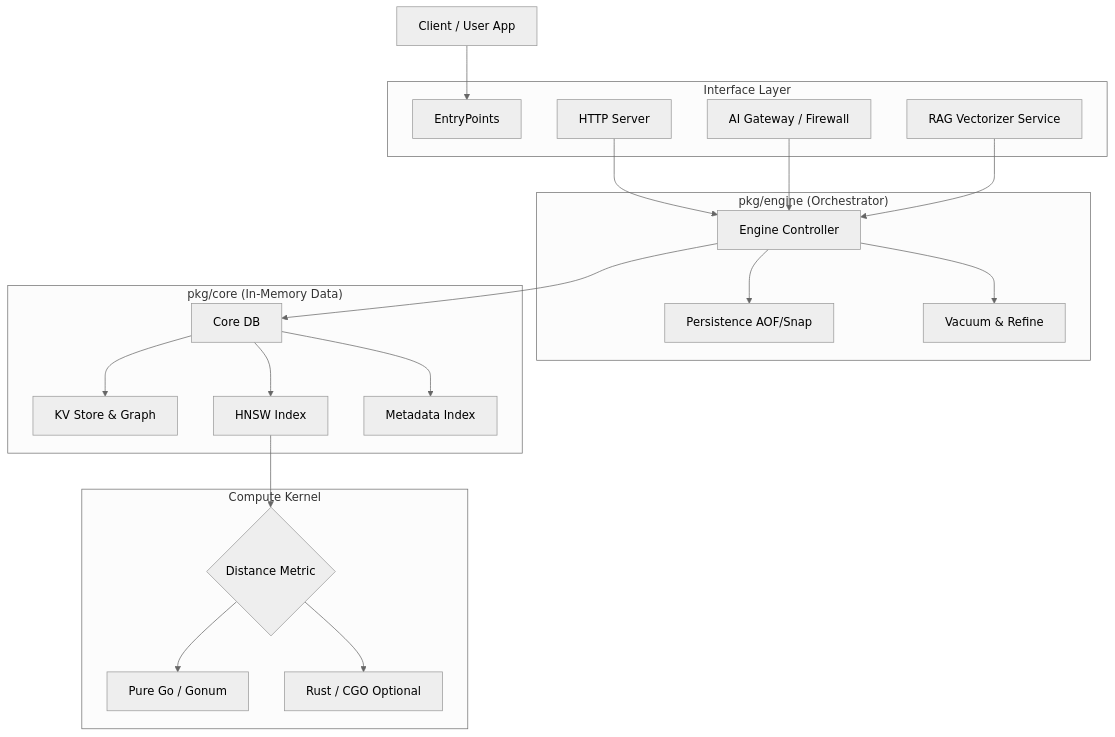
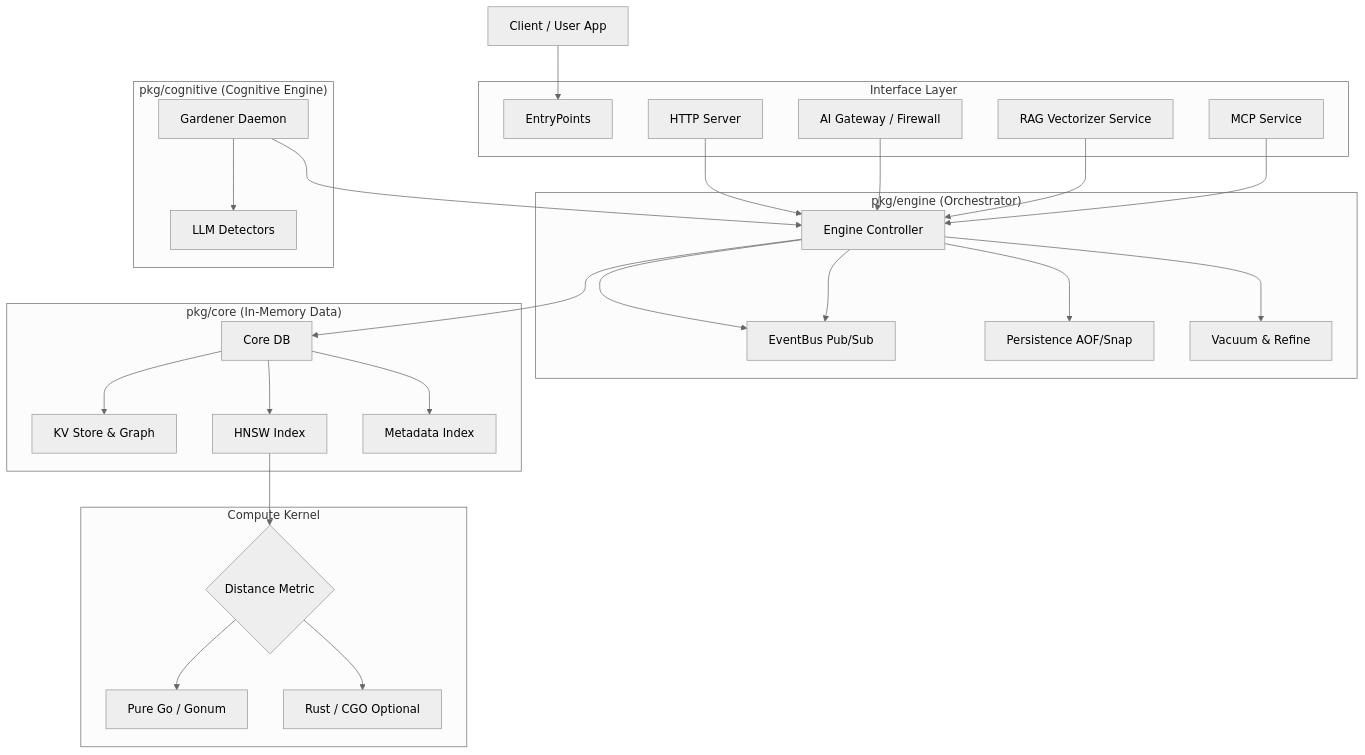
One commit to sanonone/kektordb changed the diagram in DOCUMENTATION.md. Above: the diagram before and after it, drawn with Mermaid (neutral theme). The commit also changed other lines of this file and 4 other files, not shown here.

````diff
--- a/DOCUMENTATION.md
+++ b/DOCUMENTATION.md
@@ -39,34 +39,45 @@
 ```mermaid
 graph TD
     Client[Client / User App] --> EntryPoints
     
     subgraph "Interface Layer"
         EntryPoints
         API[HTTP Server]
         Proxy[AI Gateway / Firewall]
         RAG[RAG Vectorizer Service]
+        MCP[MCP Service]
     end
 
     subgraph "pkg/engine (Orchestrator)"
         Engine[Engine Controller]
+        EventBus[EventBus Pub/Sub]
         Engine --> Persist[Persistence AOF/Snap]
         Engine --> Maintenance[Vacuum & Refine]
+        Engine --> EventBus
+    end
+
+    subgraph "pkg/cognitive (Cognitive Engine)"
+        Gardener[Gardener Daemon]
+        Gardener --> LLM[LLM Detectors]
     end
 
     subgraph "pkg/core (In-Memory Data)"
         Engine --> DB[Core DB]
         DB --> KV[KV Store & Graph]
         DB --> HNSW[HNSW Index]
         DB --> Filters[Metadata Index]
     end
 
     subgraph "Compute Kernel"
         HNSW --> Dist{Distance Metric}
         Dist --> Go[Pure Go / Gonum]
         Dist --> Rust[Rust / CGO Optional]
     end
 
     API --> Engine
     Proxy --> Engine
     RAG --> Engine
+    MCP --> Engine
+    Gardener --> Engine
+    Engine --> EventBus
 ```
````
